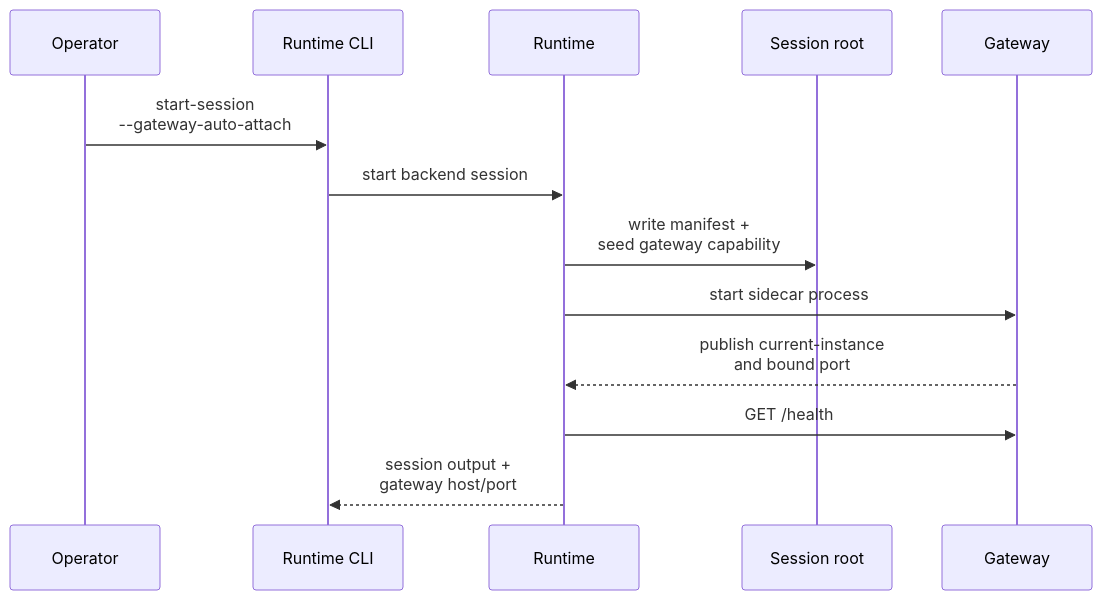
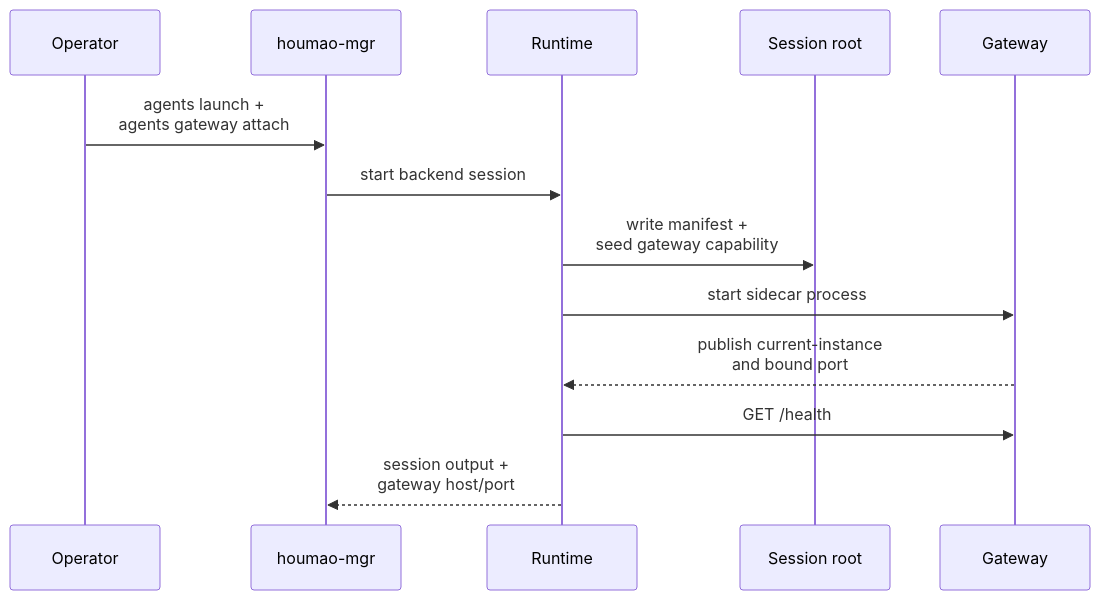
Before and after one commit to igamenovoer/houmao: the first of 2 diagrams in docs/reference/gateway/operations/lifecycle.md, drawn with Mermaid. The commit also changed other lines of this file and 17 other files, not shown here.

First line of the commit message:
docs: revise houmao-mgr docs to reflect current CLI surface

````diff
--- a/docs/reference/gateway/operations/lifecycle.md
+++ b/docs/reference/gateway/operations/lifecycle.md
@@ -111,15 +111,15 @@
 ```mermaid
 sequenceDiagram
     participant Op as Operator
-    participant CLI as Runtime CLI
+    participant CLI as houmao-mgr
     participant RT as Runtime
     participant FS as Session root
     participant GW as Gateway
-    Op->>CLI: start-session<br/>--gateway-auto-attach
+    Op->>CLI: agents launch +<br/>agents gateway attach
     CLI->>RT: start backend session
     RT->>FS: write manifest +<br/>seed gateway capability
     RT->>GW: start sidecar process
     GW-->>RT: publish current-instance<br/>and bound port
     RT->>GW: GET /health
     RT-->>CLI: session output +<br/>gateway host/port
 ```
````
